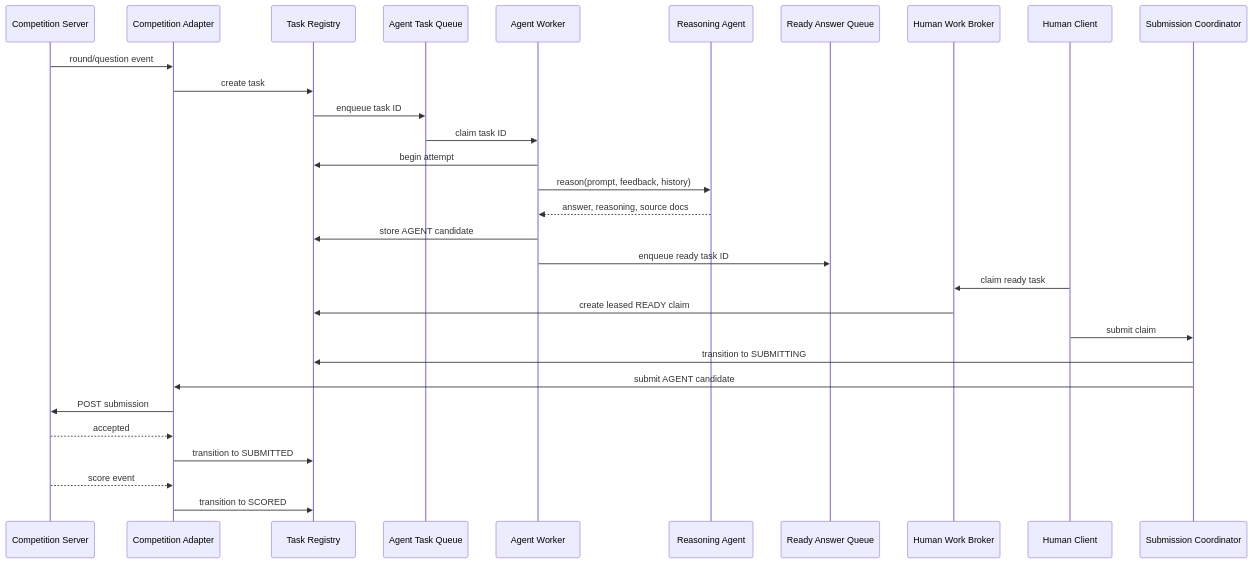
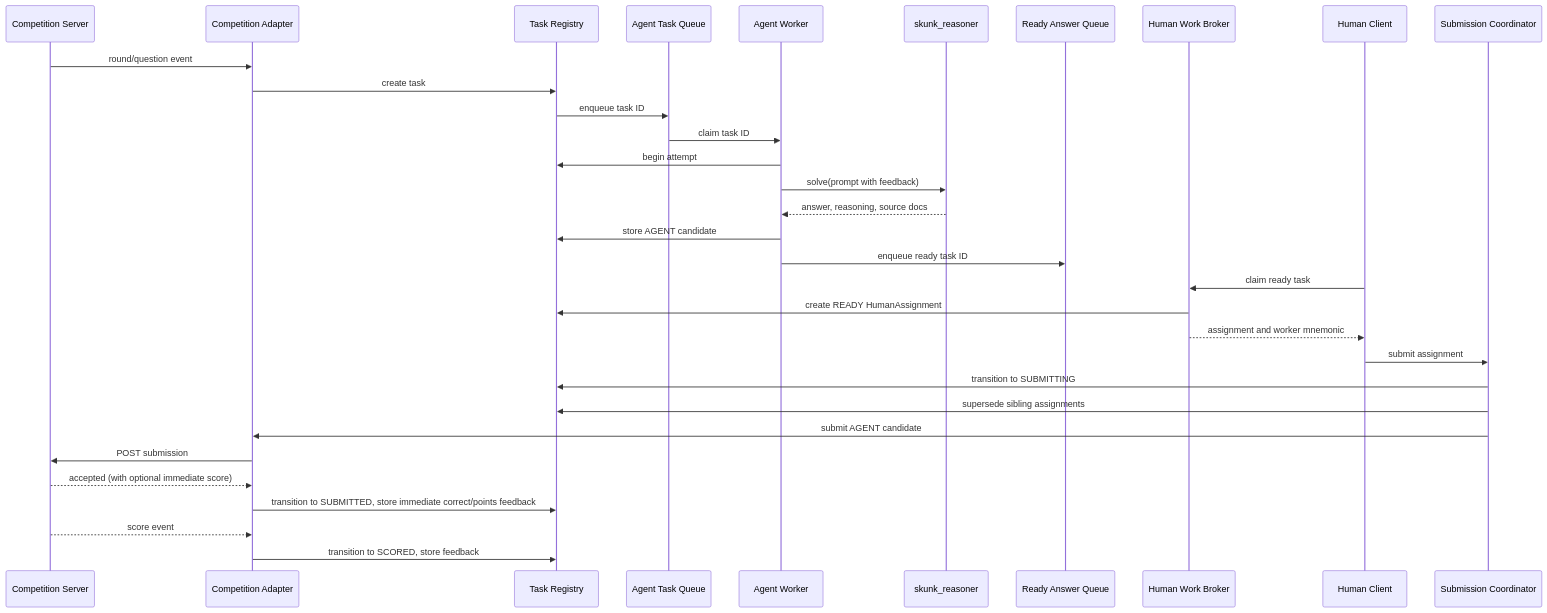
One commit to mitdbg/carnot changed the second of 3 diagrams in skunk/harness_ui/UI_ARCHITECTURE.md. Above: the diagram before and after it, drawn with Mermaid. The commit also changed other lines of this file and 20 other files, not shown here.

Commit message:
Updated harness UI to follow client/server architecture

````diff
--- a/skunk/harness_ui/UI_ARCHITECTURE.md
+++ b/skunk/harness_ui/UI_ARCHITECTURE.md
@@ -246,33 +290,35 @@
 ```mermaid
 sequenceDiagram
     participant Cup as Competition Server
     participant CA as Competition Adapter
     participant TR as Task Registry
     participant AQ as Agent Task Queue
     participant AW as Agent Worker
-    participant RA as Reasoning Agent
+    participant SR as skunk_reasoner
     participant RQ as Ready Answer Queue
     participant HB as Human Work Broker
     participant HC as Human Client
     participant SC as Submission Coordinator
 
     Cup->>CA: round/question event
     CA->>TR: create task
     TR->>AQ: enqueue task ID
     AQ->>AW: claim task ID
     AW->>TR: begin attempt
-    AW->>RA: reason(prompt, feedback, history)
-    RA-->>AW: answer, reasoning, source docs
+    AW->>SR: solve(prompt with feedback)
+    SR-->>AW: answer, reasoning, source docs
     AW->>TR: store AGENT candidate
     AW->>RQ: enqueue ready task ID
     HC->>HB: claim ready task
-    HB->>TR: create leased READY claim
-    HC->>SC: submit claim
+    HB->>TR: create READY HumanAssignment
+    HB-->>HC: assignment and worker mnemonic
+    HC->>SC: submit assignment
     SC->>TR: transition to SUBMITTING
+    SC->>TR: supersede sibling assignments
     SC->>CA: submit AGENT candidate
     CA->>Cup: POST submission
-    Cup-->>CA: accepted
-    CA->>TR: transition to SUBMITTED
+    Cup-->>CA: accepted (with optional immediate score)
+    CA->>TR: transition to SUBMITTED, store immediate correct/points feedback
     Cup-->>CA: score event
-    CA->>TR: transition to SCORED
+    CA->>TR: transition to SCORED, store feedback
 ```
````
